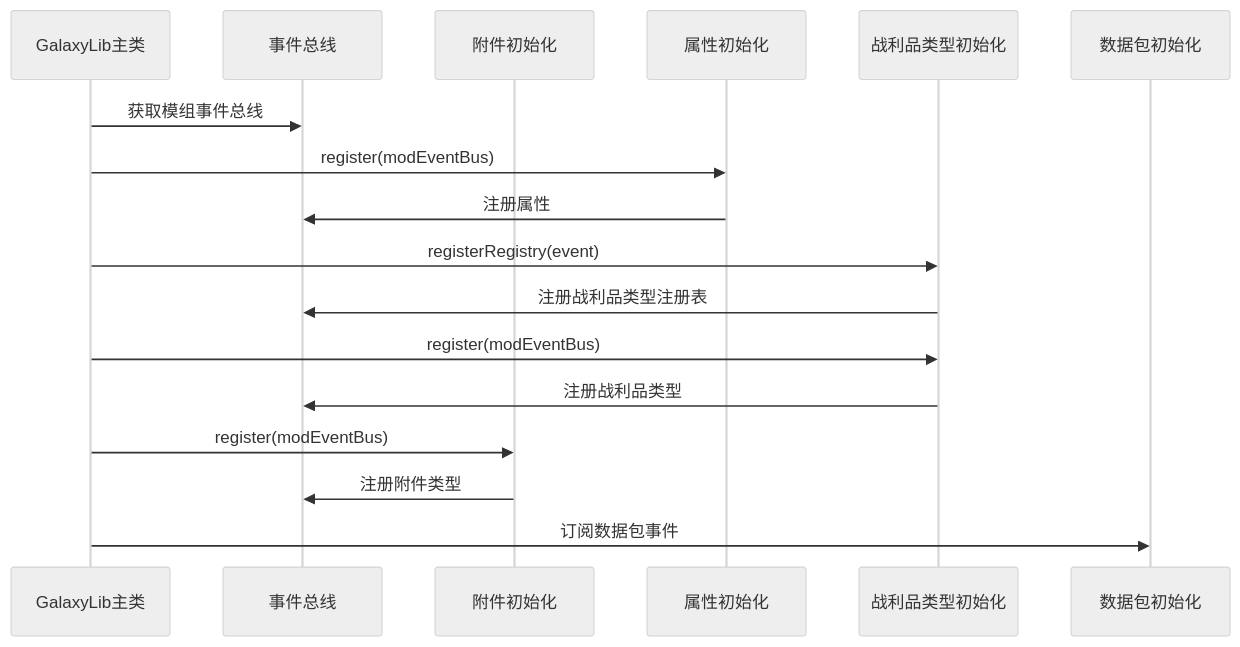
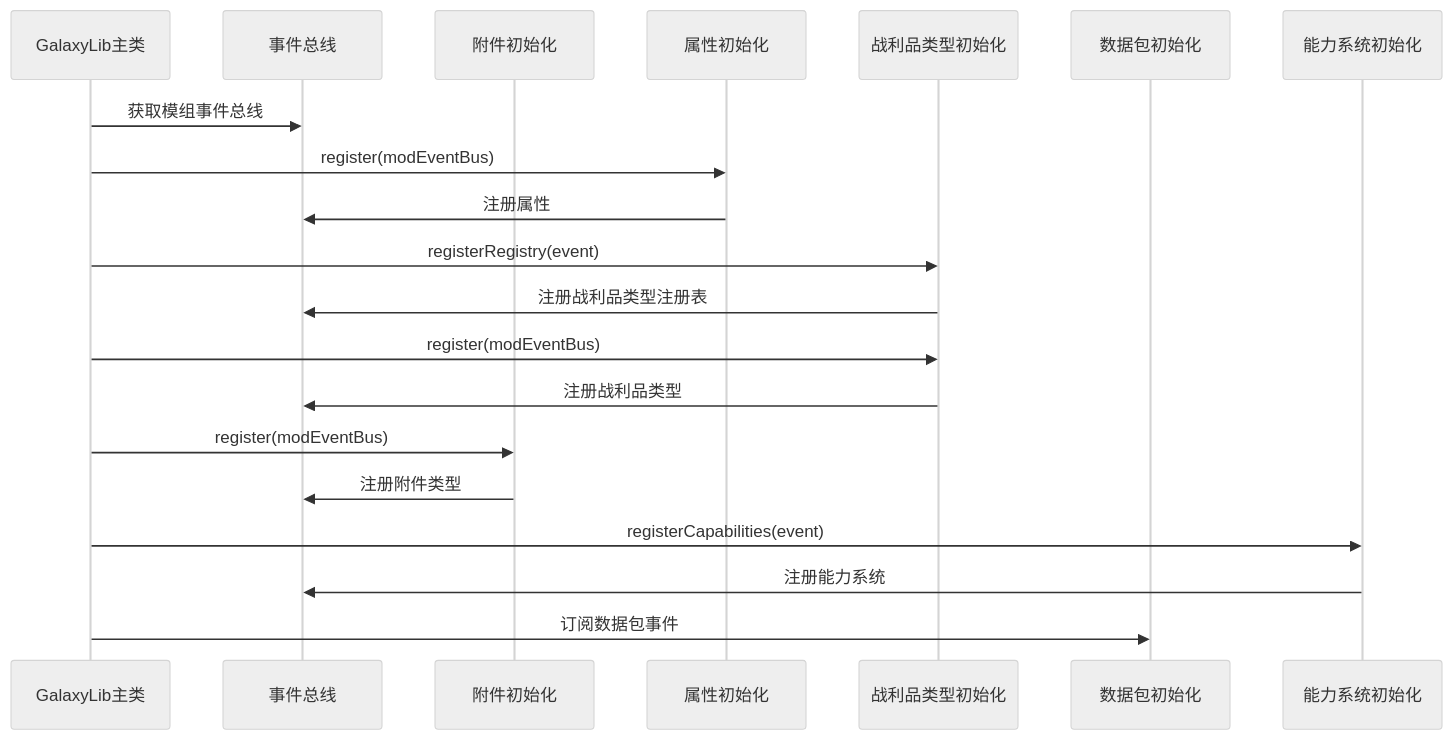
One commit to Ver-shift/SubModulesGeneHunter changed the fifth of 10 diagrams in .qoder/repowiki/zh/content/模块架构/GalaxyLib公共库模块.md. Above: the diagram before and after it, drawn with Mermaid (neutral theme). The commit also changed other lines of this file and 16 other files, not shown here.

````diff
--- a/.qoder/repowiki/zh/content/模块架构/GalaxyLib公共库模块.md
+++ b/.qoder/repowiki/zh/content/模块架构/GalaxyLib公共库模块.md
@@ -211,19 +244,22 @@
 ```mermaid
 sequenceDiagram
 participant GalaxyLib as GalaxyLib主类
 participant EventBus as 事件总线
 participant AttachInit as 附件初始化
 participant AttributeInit as 属性初始化
 participant LootTypeInit as 战利品类型初始化
 participant PackInit as 数据包初始化
+participant CapInit as 能力系统初始化
 GalaxyLib->>EventBus : 获取模组事件总线
 GalaxyLib->>AttributeInit : register(modEventBus)
 AttributeInit->>EventBus : 注册属性
 GalaxyLib->>LootTypeInit : registerRegistry(event)
 LootTypeInit->>EventBus : 注册战利品类型注册表
 GalaxyLib->>LootTypeInit : register(modEventBus)
 LootTypeInit->>EventBus : 注册战利品类型
 GalaxyLib->>AttachInit : register(modEventBus)
 AttachInit->>EventBus : 注册附件类型
+GalaxyLib->>CapInit : registerCapabilities(event)
+CapInit->>EventBus : 注册能力系统
 GalaxyLib->>PackInit : 订阅数据包事件
 ```
````
